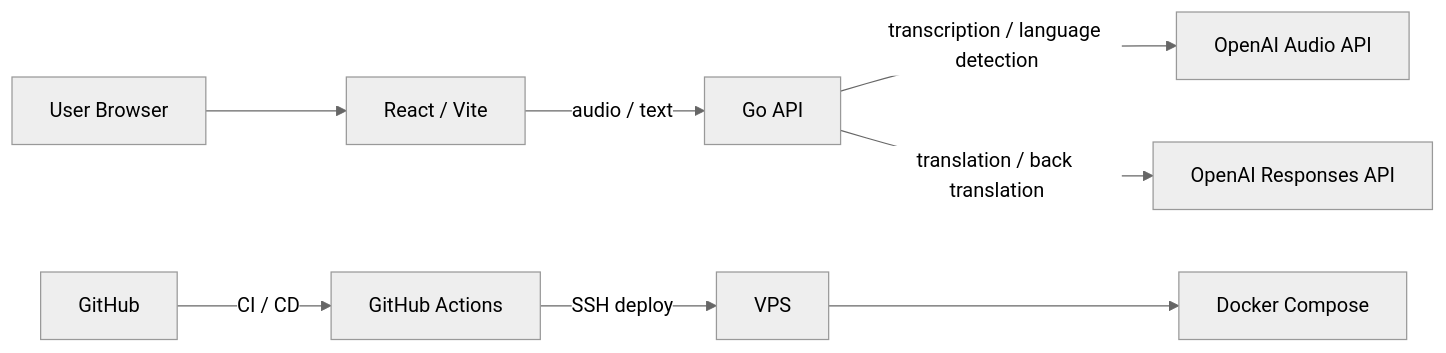
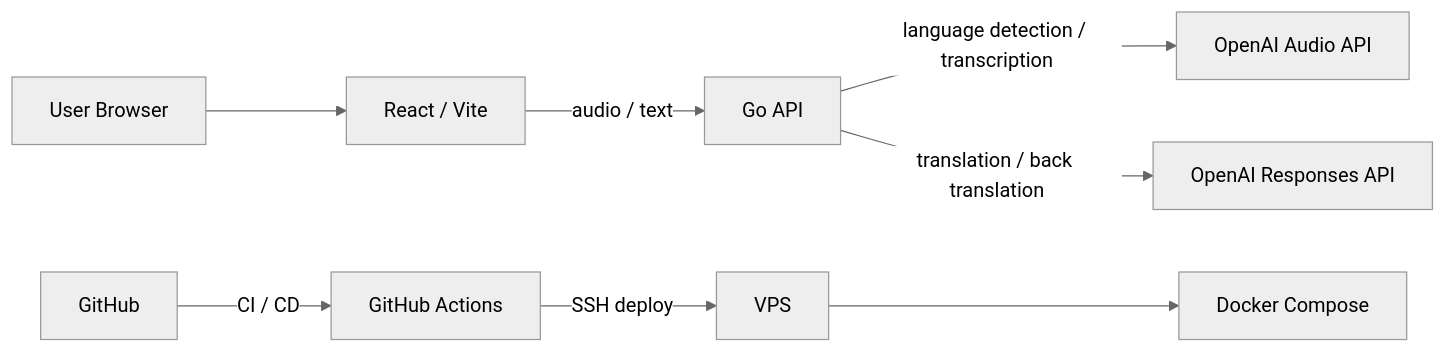
Before and after one commit to shin-arita/gotalk: the diagram in README.md, drawn with Mermaid (neutral theme). The commit also changed other lines of this file and 5 other files, not shown here.

````diff
--- a/README.md
+++ b/README.md
@@ -38,11 +46,11 @@
 ```mermaid
 flowchart LR
   User[User Browser] --> Frontend[React / Vite]
   Frontend -->|audio / text| Backend[Go API]
-  Backend -->|transcription / language detection| Audio[OpenAI Audio API]
+  Backend -->|language detection / transcription| Audio[OpenAI Audio API]
   Backend -->|translation / back translation| Responses[OpenAI Responses API]
 
   GitHub[GitHub] -->|CI / CD| Actions[GitHub Actions]
   Actions -->|SSH deploy| VPS[VPS]
   VPS --> Docker[Docker Compose]
 ```
````
